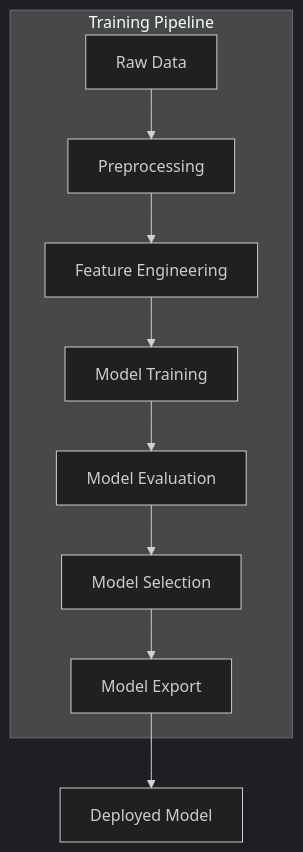
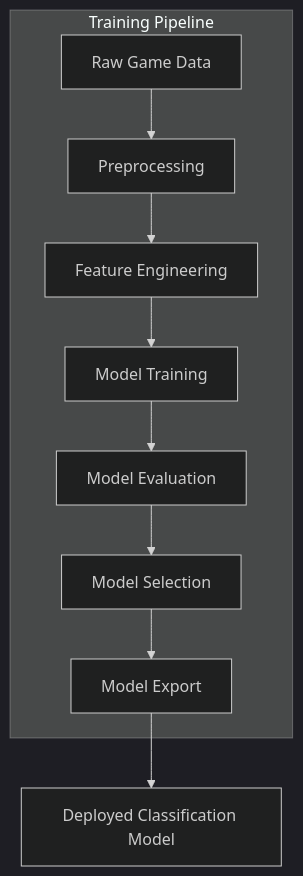
The first of 8 diagrams in plan/05-Model/02-Training/01-training-pipeline.md (Evintkoo/2048-ml), drawn with Mermaid (dark theme) before and after one commit. The commit also changed other lines of this file and 14 other files, not shown here.

````diff
--- a/plan/05-Model/02-Training/01-training-pipeline.md
+++ b/plan/05-Model/02-Training/01-training-pipeline.md
@@ -11,21 +11,21 @@
 ```mermaid
 flowchart TD
     subgraph "Training Pipeline"
-        Data[Raw Data]
+        Data[Raw Game Data]
         Preprocess[Preprocessing]
         Feature[Feature Engineering]
         Train[Model Training]
         Evaluate[Model Evaluation]
         Select[Model Selection]
         Export[Model Export]
     end
     
     Data --> Preprocess
     Preprocess --> Feature
     Feature --> Train
     Train --> Evaluate
     Evaluate --> Select
     Select --> Export
     
-    Export --> Deploy[Deployed Model]
+    Export --> Deploy[Deployed Classification Model]
 ```
````
